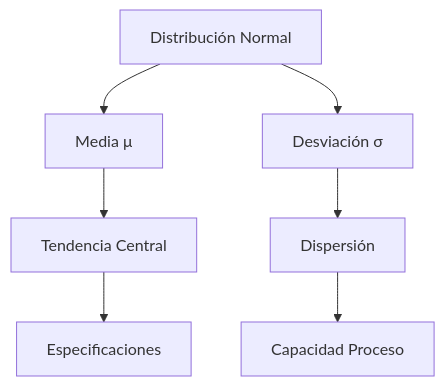
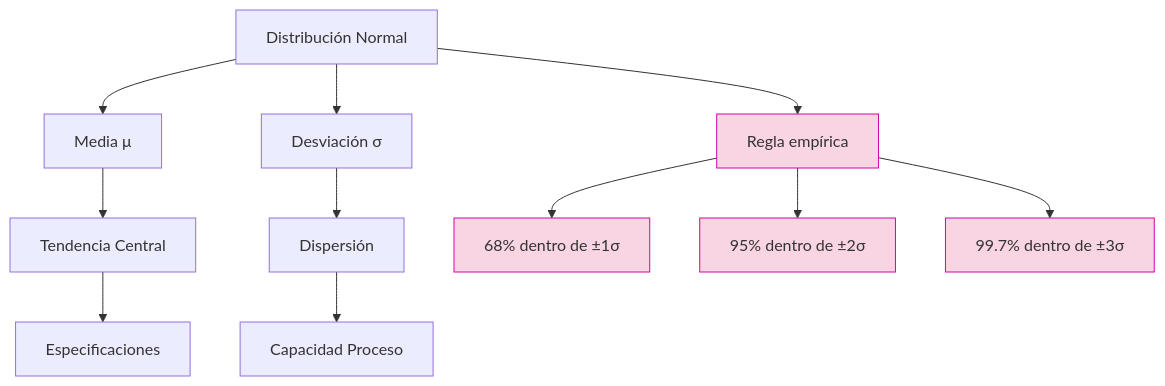
Before and after one commit to FCamaggi/gop-wiki: the second of 3 diagrams in public/content/clases/10-resumen-variabilidad-2025.05.08.md, drawn with Mermaid. The commit also changed other lines of this file and 36 other files, not shown here.

````diff
--- a/public/content/clases/10-resumen-variabilidad-2025.05.08.md
+++ b/public/content/clases/10-resumen-variabilidad-2025.05.08.md
@@ -34,9 +46,17 @@
 ```mermaid
 graph TD
     A[Distribución Normal] --> B[Media μ]
     A --> C[Desviación σ]
     B --> D[Tendencia Central]
     C --> E[Dispersión]
     D --> F[Especificaciones]
     E --> G[Capacidad Proceso]
+    A --> H[Regla empírica]
+    H --> I[68% dentro de ±1σ]
+    H --> J[95% dentro de ±2σ]
+    H --> K[99.7% dentro de ±3σ]
+    style H fill:#f9d4e2,stroke:#d105a5
+    style I fill:#f9d4e2,stroke:#d105a5
+    style J fill:#f9d4e2,stroke:#d105a5
+    style K fill:#f9d4e2,stroke:#d105a5
 ```
````
